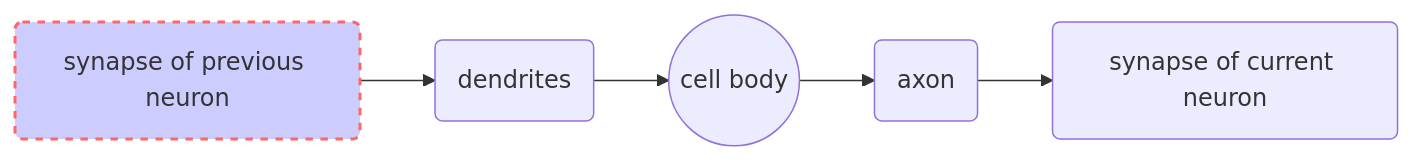
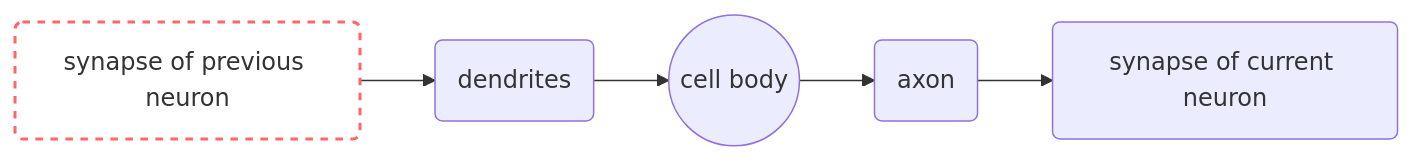
One commit to afondiel/computer-science-notebook changed the first of 2 diagrams in ai/ml-notes/deep-learning-notes/dl-notes.md. Above: the diagram before and after it, drawn with Mermaid.

Commit message:
Happy New Year 2023: update biological neuron graph

````diff
--- a/ai/ml-notes/deep-learning-notes/dl-notes.md
+++ b/ai/ml-notes/deep-learning-notes/dl-notes.md
@@ -11,8 +11,8 @@
 ```mermaid
   graph LR;
     A(synapse of previous neuron)-->B(dendrites);
     B-->C((cell body));
     C-->D(axon);    
     D-->E(synapse of current neuron);
-    style A fill:#ccf,stroke:#f66,stroke-width:2px,stroke-dasharray: 5, 5;
+    style A fill:#fff,stroke:#f66,stroke-width:2px,stroke-dasharray: 5, 5;
 ```
````
